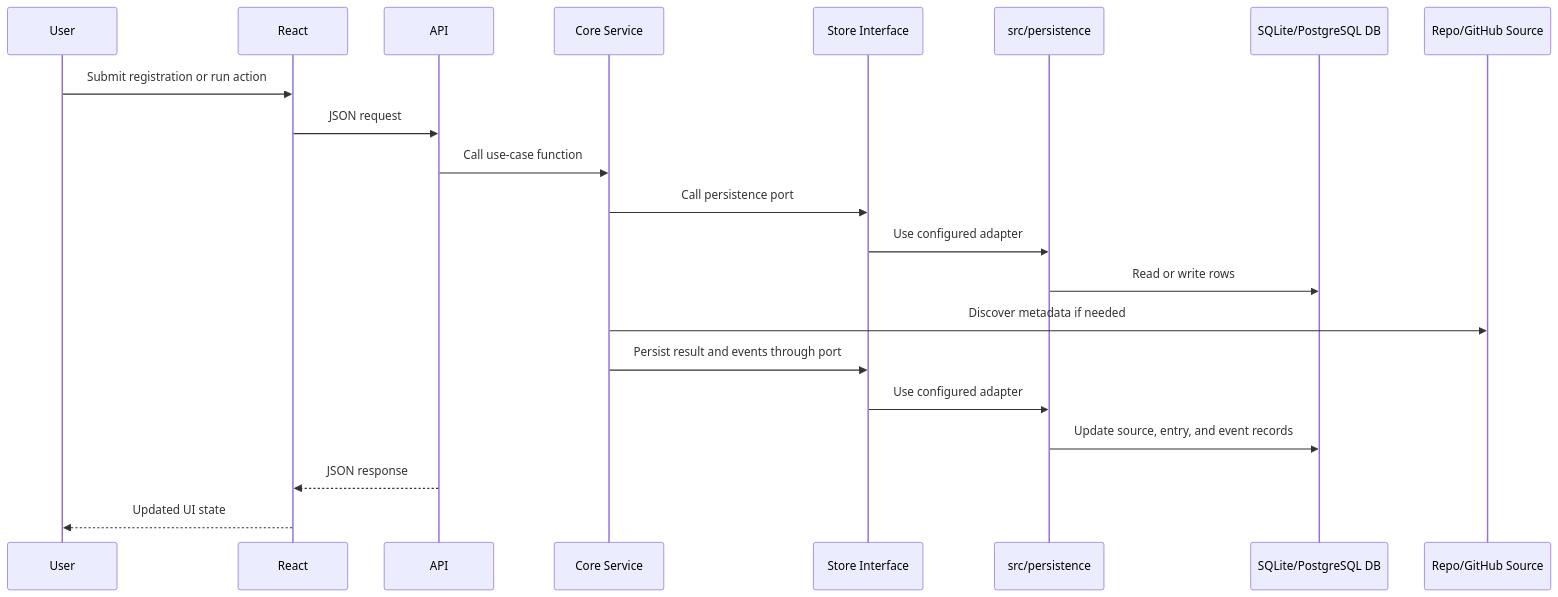
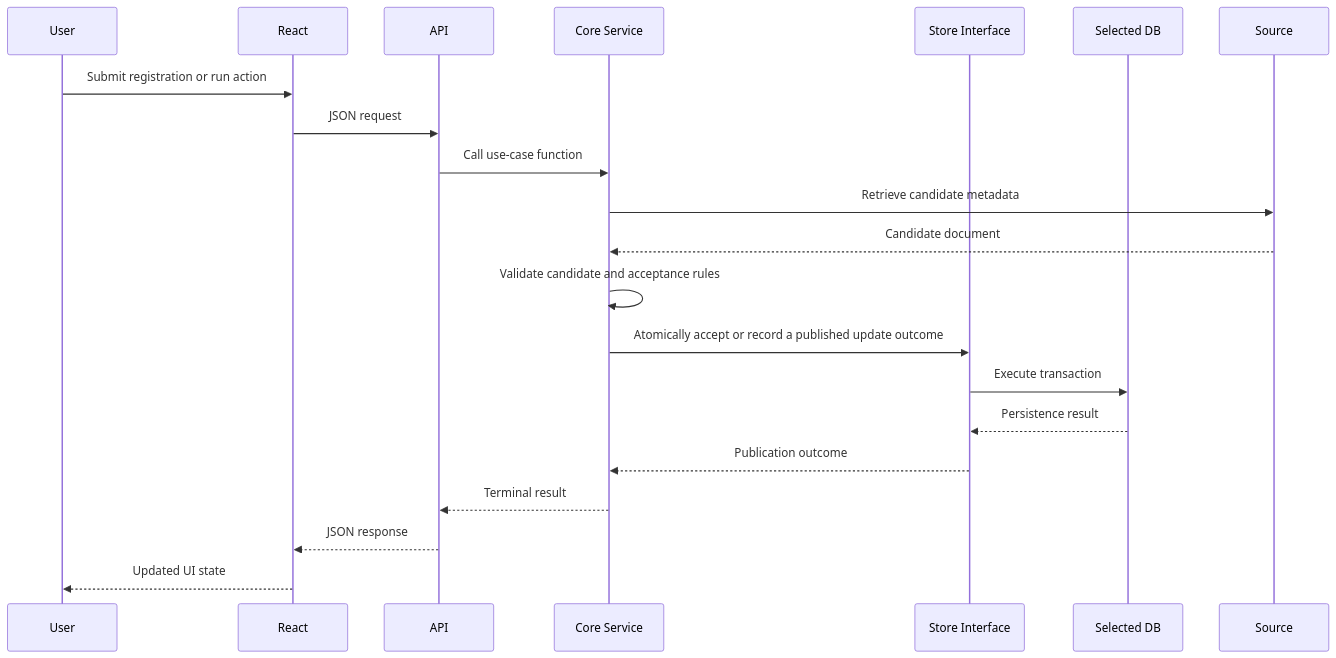
The fourth of 5 diagrams in sdlc_docs/b_design/frontend/frontend_architecture.md (ssciwr/biocypher-components-registry), drawn with Mermaid before and after one commit. The commit also changed other lines of this file and 19 other files, not shown here.

````diff
--- a/sdlc_docs/b_design/frontend/frontend_architecture.md
+++ b/sdlc_docs/b_design/frontend/frontend_architecture.md
@@ -119,24 +128,24 @@
 ```mermaid
 sequenceDiagram
     participant User
     participant React
     participant API
     participant Service as Core Service
     participant Store as Store Interface
-    participant Persistence as src/persistence
-    participant DB as SQLite/PostgreSQL DB
-    participant Repo as Repo/GitHub Source
+    participant DB as Selected DB
+    participant Source
 
     User->>React: Submit registration or run action
     React->>API: JSON request
     API->>Service: Call use-case function
-    Service->>Store: Call persistence port
-    Store->>Persistence: Use configured adapter
-    Persistence->>DB: Read or write rows
-    Service->>Repo: Discover metadata if needed
-    Service->>Store: Persist result and events through port
-    Store->>Persistence: Use configured adapter
-    Persistence->>DB: Update source, entry, and event records
+    Service->>Source: Retrieve candidate metadata
+    Source-->>Service: Candidate document
+    Service->>Service: Validate candidate and acceptance rules
+    Service->>Store: Atomically accept or record a published update outcome
+    Store->>DB: Execute transaction
+    DB-->>Store: Persistence result
+    Store-->>Service: Publication outcome
+    Service-->>API: Terminal result
     API-->>React: JSON response
     React-->>User: Updated UI state
 ```
````
